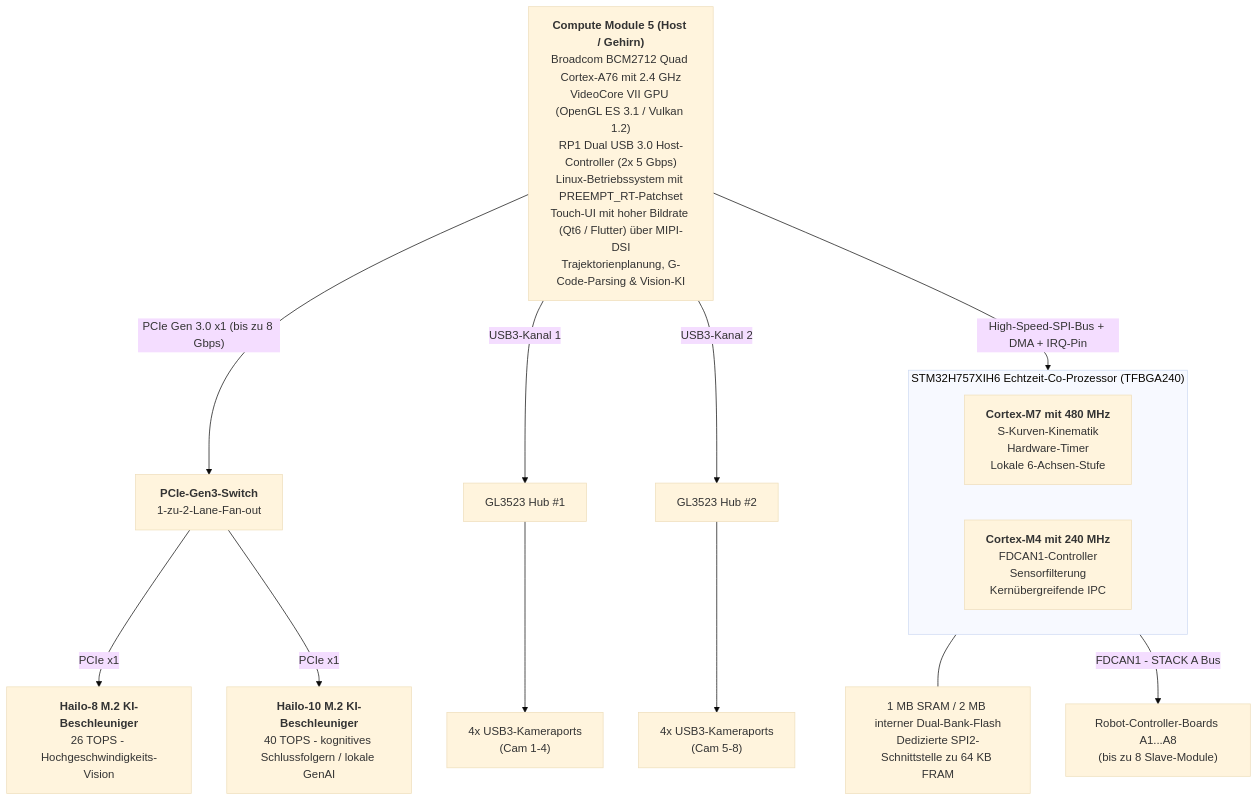
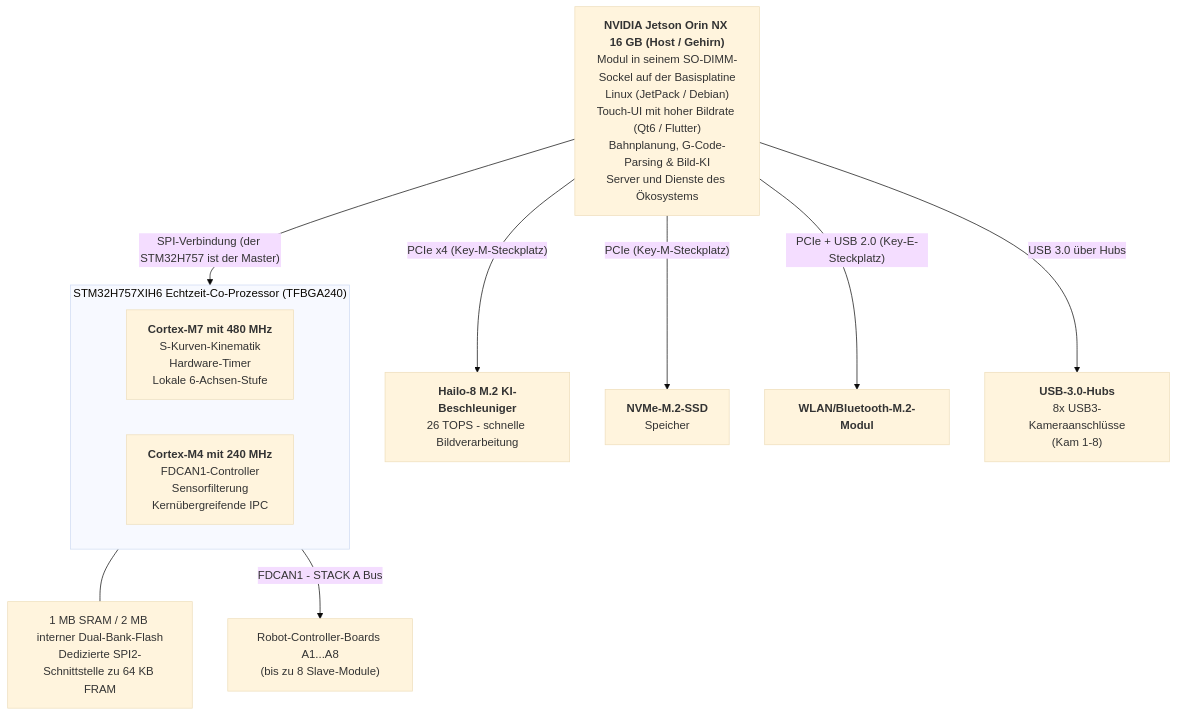
One commit to JuanenRac/HYDRA-UMC changed the first of 3 diagrams in README_deu.md. Above: the diagram before and after it, drawn with Mermaid (base theme). The commit also changed other lines of this file and 8 other files, not shown here.

Commit message:
Draw the Jetson baseboard in the README block diagram and feature list

````diff
--- a/README_deu.md
+++ b/README_deu.md
@@ -93,24 +95,21 @@
 ```mermaid
 flowchart TB
-    CM5["<b>Compute Module 5 (Host / Gehirn)</b><br/>Broadcom BCM2712 Quad Cortex-A76 mit 2.4 GHz<br/>VideoCore VII GPU (OpenGL ES 3.1 / Vulkan 1.2)<br/>RP1 Dual USB 3.0 Host-Controller (2x 5 Gbps)<br/>Linux-Betriebssystem mit PREEMPT_RT-Patchset<br/>Touch-UI mit hoher Bildrate (Qt6 / Flutter) über MIPI-DSI<br/>Trajektorienplanung, G-Code-Parsing & Vision-KI"]
+    JETSON["<b>NVIDIA Jetson Orin NX 16 GB (Host / Gehirn)</b><br/>Modul in seinem SO-DIMM-Sockel auf der Basisplatine<br/>Linux (JetPack / Debian)<br/>Touch-UI mit hoher Bildrate (Qt6 / Flutter)<br/>Bahnplanung, G-Code-Parsing &amp; Bild-KI<br/>Server und Dienste des Ökosystems"]
 
-    CM5 -- "PCIe Gen 3.0 x1 (bis zu 8 Gbps)" --> PCIESW["<b>PCIe-Gen3-Switch</b><br/>1-zu-2-Lane-Fan-out"]
-    PCIESW -- "PCIe x1" --> HAILO8["<b>Hailo-8 M.2 KI-Beschleuniger</b><br/>26 TOPS - Hochgeschwindigkeits-Vision"]
-    PCIESW -- "PCIe x1" --> HAILO10["<b>Hailo-10 M.2 KI-Beschleuniger</b><br/>40 TOPS - kognitives Schlussfolgern / lokale GenAI"]
-    CM5 -- "USB3-Kanal 1" --> HUB1["GL3523 Hub #1"]
-    CM5 -- "USB3-Kanal 2" --> HUB2["GL3523 Hub #2"]
-    HUB1 --> CAM14["4x USB3-Kameraports<br/>(Cam 1-4)"]
-    HUB2 --> CAM58["4x USB3-Kameraports<br/>(Cam 5-8)"]
+    JETSON -- "PCIe x4 (Key-M-Steckplatz)" --> HAILO8["<b>Hailo-8 M.2 KI-Beschleuniger</b><br/>26 TOPS - schnelle Bildverarbeitung"]
+    JETSON -- "PCIe (Key-M-Steckplatz)" --> NVME["<b>NVMe-M.2-SSD</b><br/>Speicher"]
+    JETSON -- "PCIe + USB 2.0 (Key-E-Steckplatz)" --> WIFI["<b>WLAN/Bluetooth-M.2-Modul</b>"]
+    JETSON -- "USB 3.0 über Hubs" --> HUBS["<b>USB-3.0-Hubs</b><br/>8x USB3-Kameraanschlüsse<br/>(Kam 1-8)"]
 
-    CM5 -- "High-Speed-SPI-Bus + DMA + IRQ-Pin" --> MCU
+    JETSON -- "SPI-Verbindung (der STM32H757 ist der Master)" --> MCU
 
     subgraph MCU["STM32H757XIH6 Echtzeit-Co-Prozessor (TFBGA240)"]
         direction LR
         CM7["<b>Cortex-M7 mit 480 MHz</b><br/>S-Kurven-Kinematik<br/>Hardware-Timer<br/>Lokale 6-Achsen-Stufe"]
         CM4["<b>Cortex-M4 mit 240 MHz</b><br/>FDCAN1-Controller<br/>Sensorfilterung<br/>Kernübergreifende IPC"]
     end
     MEM["1 MB SRAM / 2 MB interner Dual-Bank-Flash<br/>Dedizierte SPI2-Schnittstelle zu 64 KB FRAM"]
     MCU --- MEM
 
     MCU -- "FDCAN1 - STACK A Bus" --> ROBOTS["Robot-Controller-Boards A1...A8<br/>(bis zu 8 Slave-Module)"]
 ```
````
